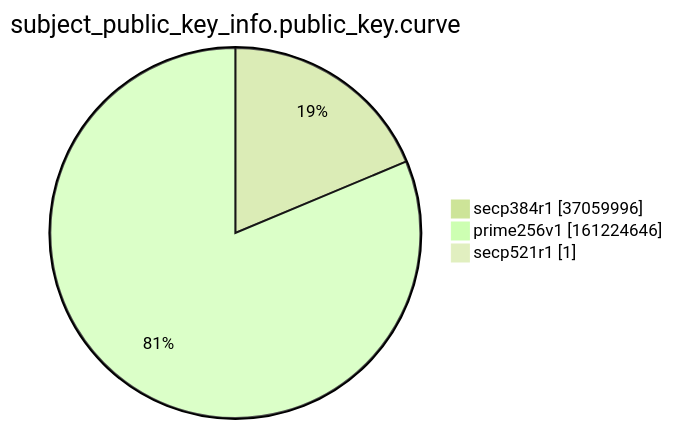
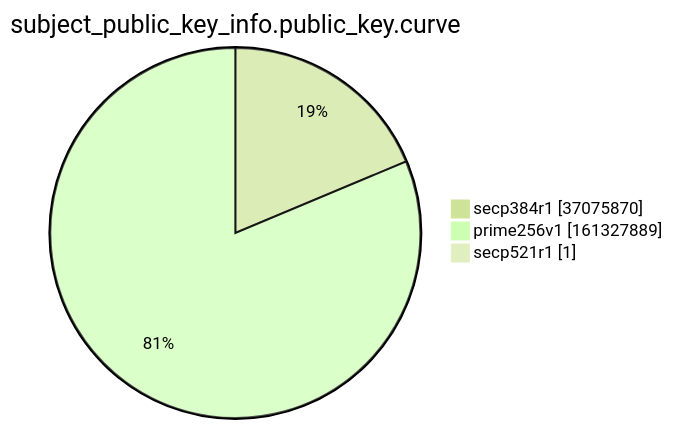
The ninth of 15 diagrams in argon2022/README.md (christiankrug/ctmonitor_visualization), drawn with Mermaid (forest theme) before and after one commit. The commit also changed other lines of this file, not shown here.

````diff
--- a/argon2022/README.md
+++ b/argon2022/README.md
@@ -2766,7 +2766,7 @@
 ```mermaid
 pie showData
 title subject_public_key_info.public_key.curve
-"secp384r1" :37059996
-"prime256v1" :161224646
+"secp384r1" :37075870
+"prime256v1" :161327889
 "secp521r1" :1
 ```
````
